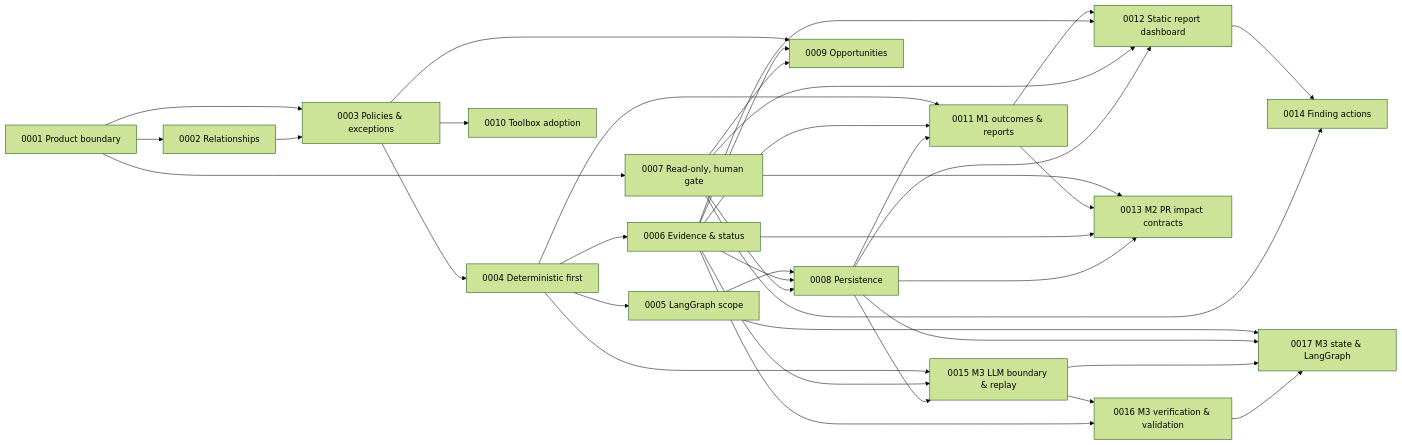
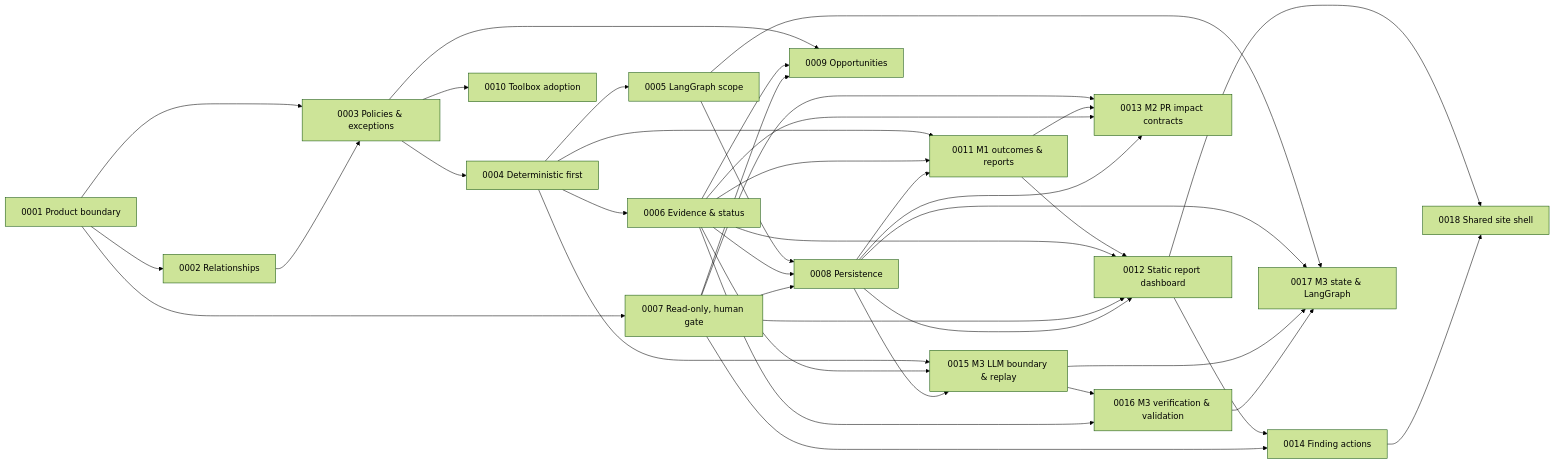
One commit to koydas/repo-orchestrator changed the diagram in docs/adr/README.md. Above: the diagram before and after it, drawn with Mermaid (forest theme). The commit also changed other lines of this file and 8 other files, not shown here.

First line of the commit message:
Dashboard: shared site shell from the site kit (ADR-0018, Proposed) (#10)

````diff
--- a/docs/adr/README.md
+++ b/docs/adr/README.md
@@ -31,39 +32,41 @@
 ```mermaid
 flowchart LR
     A1["0001 Product boundary"] --> A2["0002 Relationships"]
     A1 --> A3["0003 Policies & exceptions"]
     A2 --> A3
     A3 --> A4["0004 Deterministic first"]
     A4 --> A5["0005 LangGraph scope"]
     A4 --> A6["0006 Evidence & status"]
     A1 --> A7["0007 Read-only, human gate"]
     A5 --> A8["0008 Persistence"]
     A6 --> A8
     A7 --> A8
     A3 --> A9["0009 Opportunities"]
     A6 --> A9
     A7 --> A9
     A3 --> A10["0010 Toolbox adoption"]
     A4 --> A11["0011 M1 outcomes & reports"]
     A6 --> A11
     A8 --> A11
     A11 --> A12["0012 Static report dashboard"]
     A6 --> A12
     A7 --> A12
     A8 --> A12
     A7 --> A13["0013 M2 PR impact contracts"]
     A11 --> A13
     A6 --> A13
     A8 --> A13
     A12 --> A14["0014 Finding actions"]
     A7 --> A14
     A4 --> A15["0015 M3 LLM boundary & replay"]
     A6 --> A15
     A8 --> A15
     A15 --> A16["0016 M3 verification & validation"]
     A6 --> A16
     A5 --> A17["0017 M3 state & LangGraph"]
     A8 --> A17
     A15 --> A17
     A16 --> A17
+    A12 --> A18["0018 Shared site shell"]
+    A14 --> A18
 ```
````
